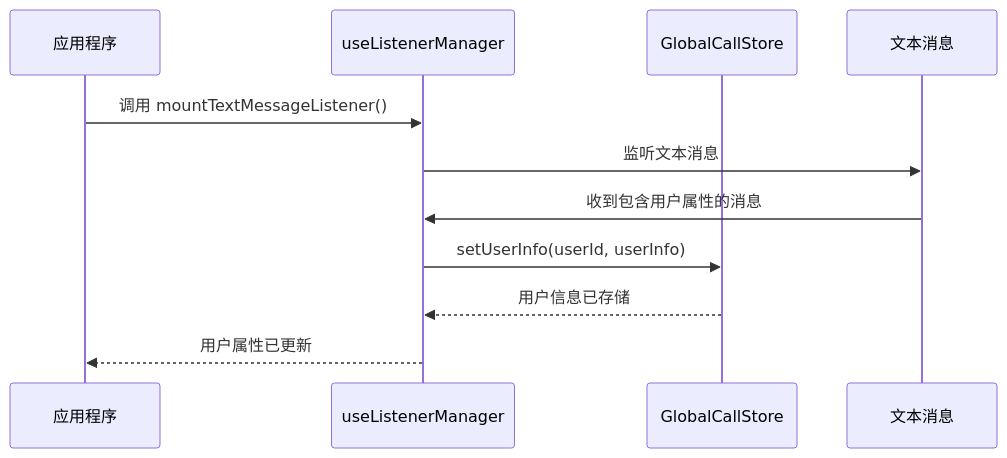
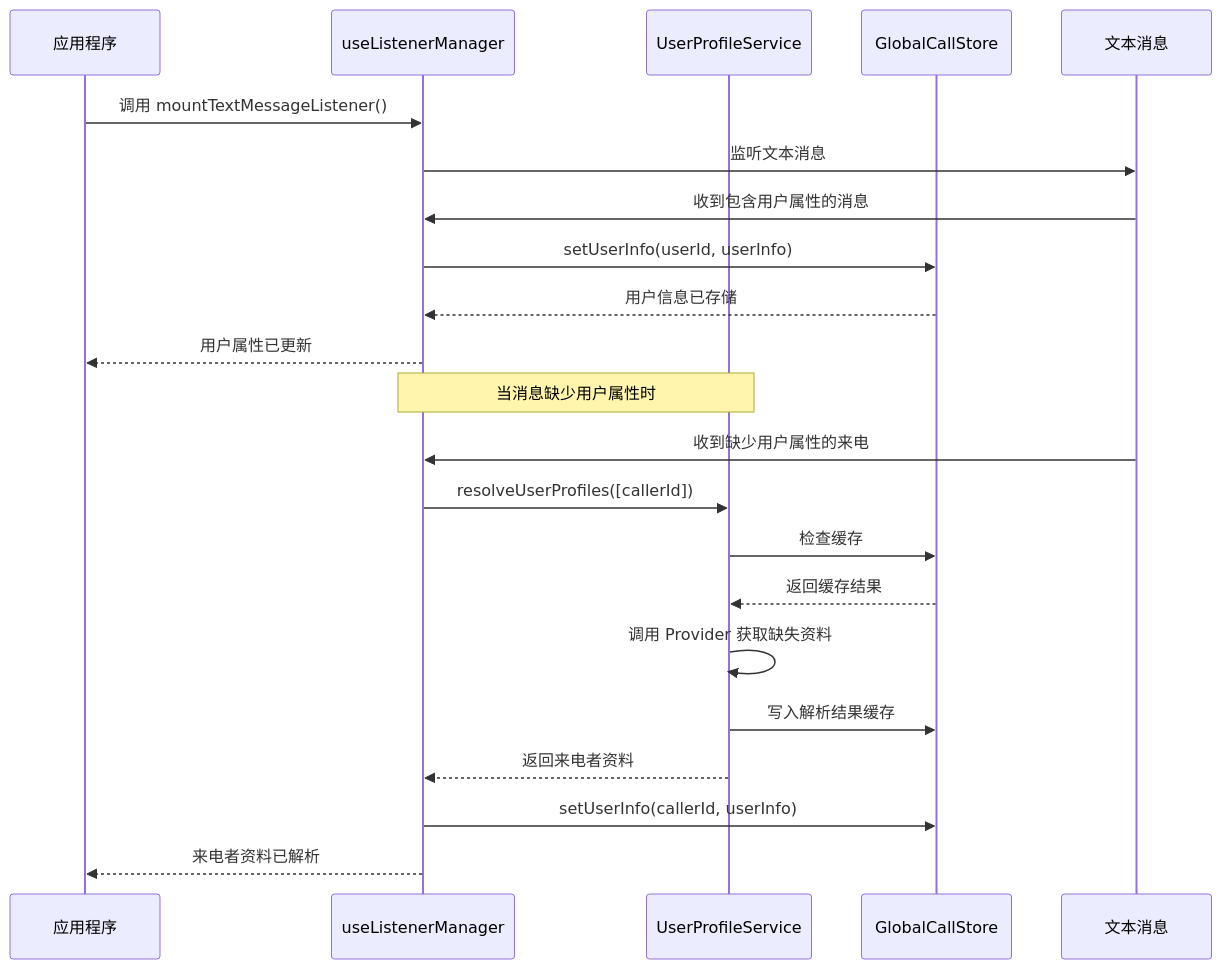
The fourth of 22 diagrams in .qoder/repowiki/zh/content/组合式 API/监听器管理 API.md (Easemob-Community/easemob-uikit-callkit-vue3), drawn with Mermaid before and after one commit. The commit also changed other lines of this file and 58 other files, not shown here.

````diff
--- a/.qoder/repowiki/zh/content/组合式 API/监听器管理 API.md
+++ b/.qoder/repowiki/zh/content/组合式 API/监听器管理 API.md
@@ -292,13 +368,24 @@
 ```mermaid
 sequenceDiagram
 participant App as 应用程序
 participant LM as useListenerManager
+participant UPS as UserProfileService
 participant GCS as GlobalCallStore
 participant Message as 文本消息
 App->>LM : 调用 mountTextMessageListener()
 LM->>Message : 监听文本消息
 Message->>LM : 收到包含用户属性的消息
 LM->>GCS : setUserInfo(userId, userInfo)
 GCS-->>LM : 用户信息已存储
 LM-->>App : 用户属性已更新
+Note over LM,UPS : 当消息缺少用户属性时
+Message->>LM : 收到缺少用户属性的来电
+LM->>UPS : resolveUserProfiles([callerId])
+UPS->>GCS : 检查缓存
+GCS-->>UPS : 返回缓存结果
+UPS->>UPS : 调用 Provider 获取缺失资料
+UPS->>GCS : 写入解析结果缓存
+UPS-->>LM : 返回来电者资料
+LM->>GCS : setUserInfo(callerId, userInfo)
+LM-->>App : 来电者资料已解析
 ```
````
